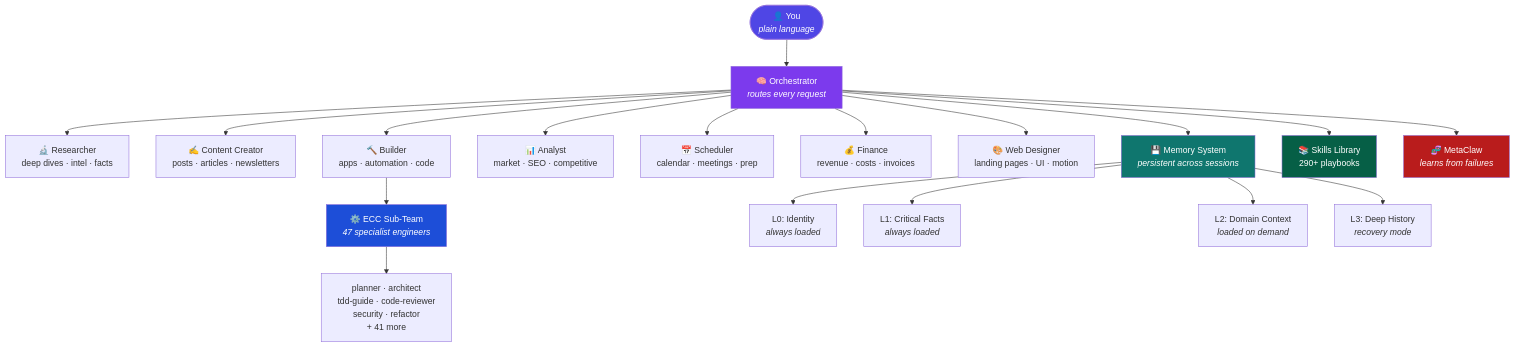
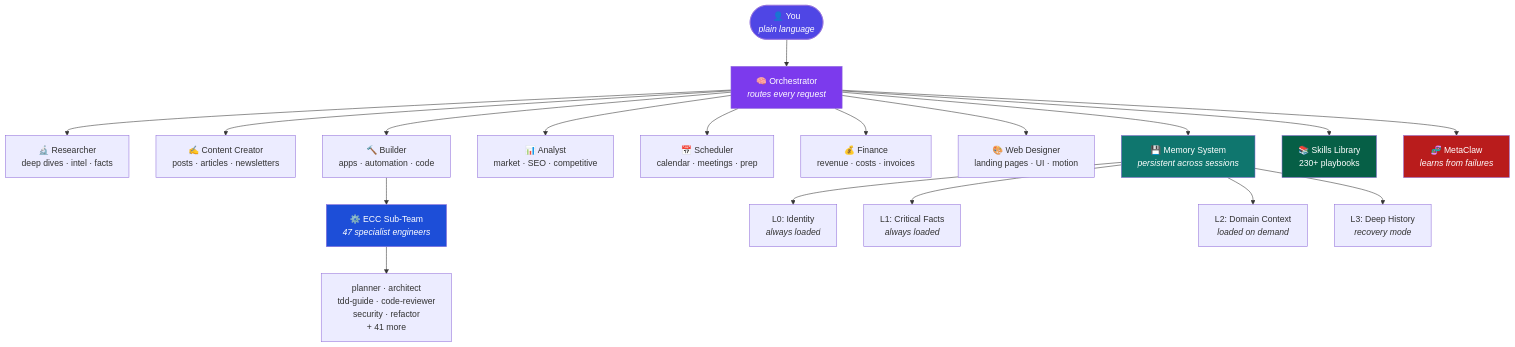
Before and after one commit to ChrisJDiMarco/jarvis-universal: the diagram in README.md, drawn with Mermaid. The commit also changed other lines of this file, not shown here.

````diff
--- a/README.md
+++ b/README.md
@@ -83,34 +83,34 @@
 ```mermaid
 graph TD
     You(["👤 You<br/><i>plain language</i>"])
 
     You --> ORCH["🧠 Orchestrator<br/><i>routes every request</i>"]
 
     ORCH --> R["🔬 Researcher<br/>deep dives · intel · facts"]
     ORCH --> C["✍️ Content Creator<br/>posts · articles · newsletters"]
     ORCH --> B["🔨 Builder<br/>apps · automation · code"]
     ORCH --> A["📊 Analyst<br/>market · SEO · competitive"]
     ORCH --> S["📅 Scheduler<br/>calendar · meetings · prep"]
     ORCH --> F["💰 Finance<br/>revenue · costs · invoices"]
     ORCH --> W["🎨 Web Designer<br/>landing pages · UI · motion"]
 
     B --> ECC["⚙️ ECC Sub-Team<br/><i>47 specialist engineers</i>"]
 
     ECC --> P["planner · architect<br/>tdd-guide · code-reviewer<br/>security · refactor<br/>+ 41 more"]
 
     ORCH --> MEM["💾 Memory System<br/><i>persistent across sessions</i>"]
     MEM --> L0["L0: Identity<br/><i>always loaded</i>"]
     MEM --> L1["L1: Critical Facts<br/><i>always loaded</i>"]
     MEM --> L2["L2: Domain Context<br/><i>loaded on demand</i>"]
     MEM --> L3["L3: Deep History<br/><i>recovery mode</i>"]
 
-    ORCH --> SK["📚 Skills Library<br/>290+ playbooks"]
+    ORCH --> SK["📚 Skills Library<br/>230+ playbooks"]
     ORCH --> MC["🧬 MetaClaw<br/><i>learns from failures</i>"]
 
     style You fill:#4f46e5,color:#fff
     style ORCH fill:#7c3aed,color:#fff
     style MEM fill:#0f766e,color:#fff
     style MC fill:#b91c1c,color:#fff
     style ECC fill:#1d4ed8,color:#fff
     style SK fill:#065f46,color:#fff
 ```
````
